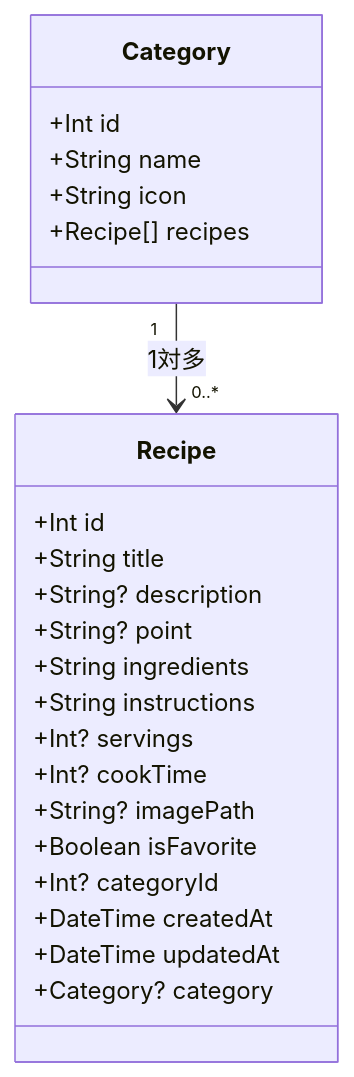
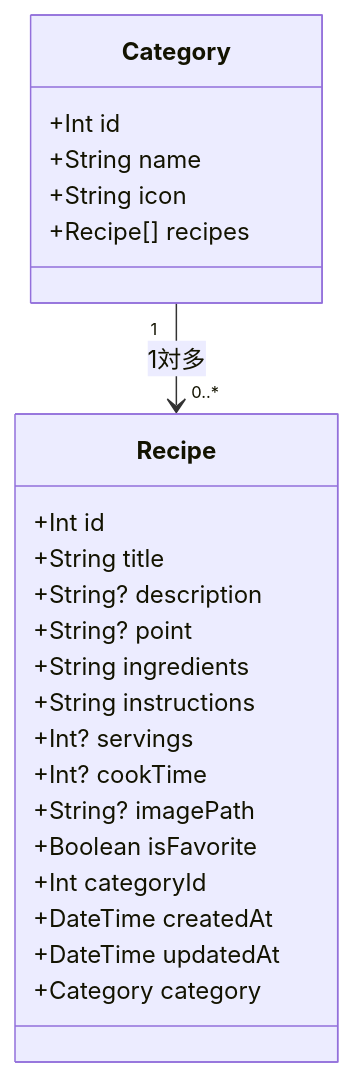
One commit to saki-nakata/RecipeManagement changed the second of 2 diagrams in docs/DB設計書.md. Above: the diagram before and after it, drawn with Mermaid. The commit also changed other lines of this file and 4 other files, not shown here.

````diff
--- a/docs/DB設計書.md
+++ b/docs/DB設計書.md
@@ -59,28 +59,28 @@
 ```mermaid
 classDiagram
     class Category {
         +Int id
         +String name
         +String icon
         +Recipe[] recipes
     }
 
     class Recipe {
         +Int id
         +String title
         +String? description
         +String? point
         +String ingredients
         +String instructions
         +Int? servings
         +Int? cookTime
         +String? imagePath
         +Boolean isFavorite
-        +Int? categoryId
+        +Int categoryId
         +DateTime createdAt
         +DateTime updatedAt
-        +Category? category
+        +Category category
     }
 
     Category "1" --> "0..*" Recipe : 1対多
 ```
````
